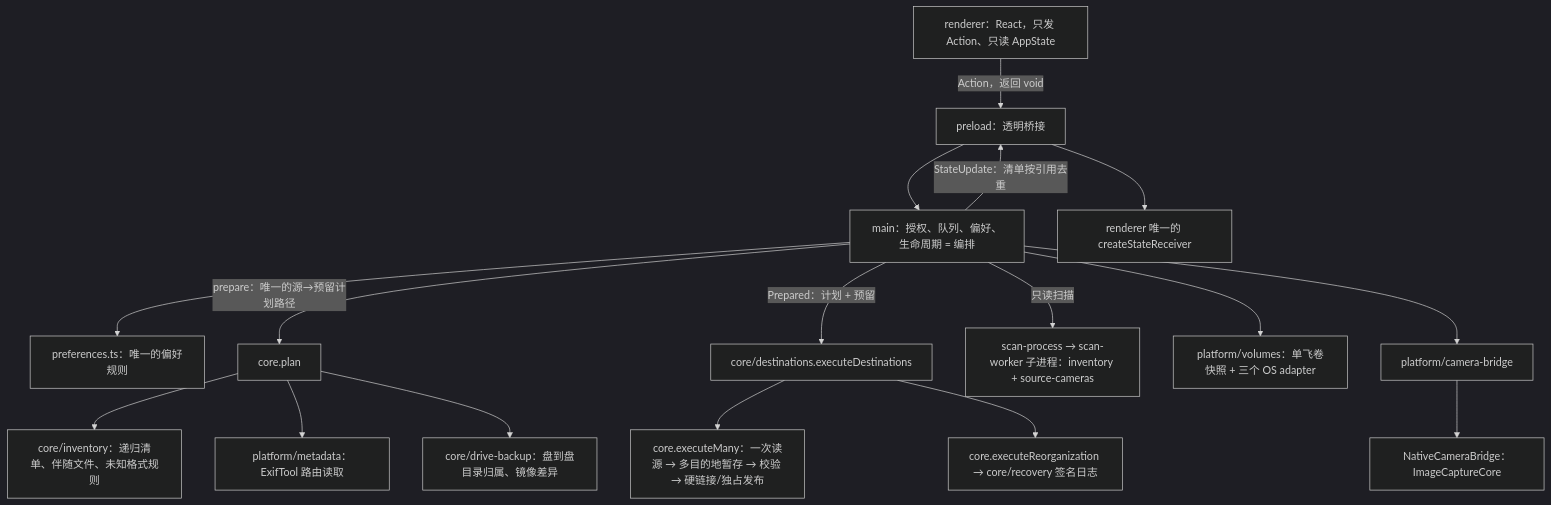
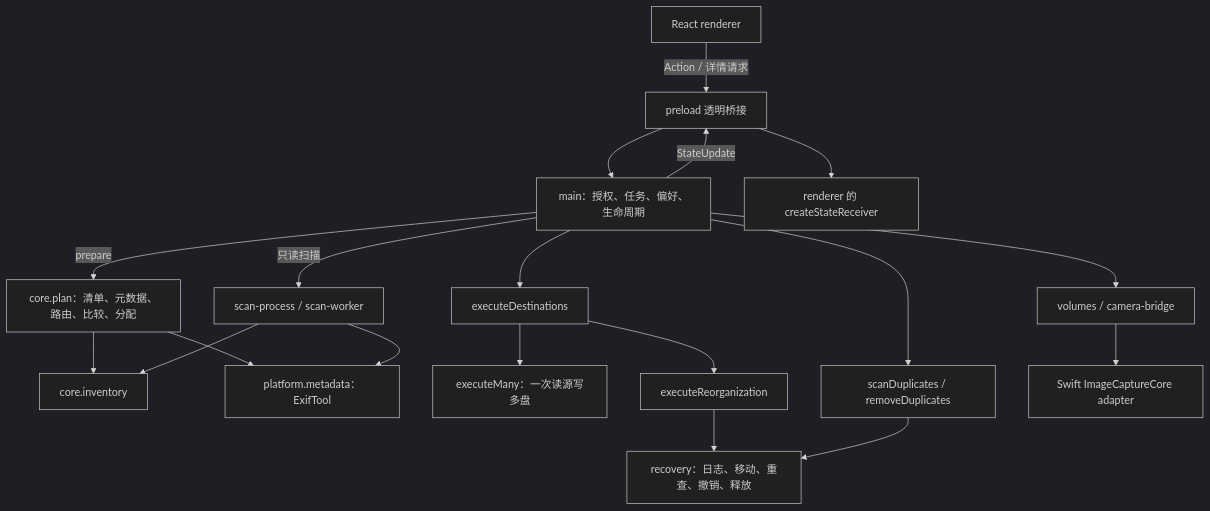
The first of 2 diagrams in docs/architecture-and-features.md (Sager1145/automatic-photo-importer), drawn with Mermaid (dark theme) before and after one commit. The commit also changed other lines of this file and 3 other files, not shown here.

First line of the commit message:
A16: architecture document describes the fixed code; queue order returns jobs

````diff
--- a/docs/architecture-and-features.md
+++ b/docs/architecture-and-features.md
@@ -23,18 +28,21 @@
 ```mermaid
 flowchart TD
-  UI[renderer：React，只发 Action、只读 AppState] -->|Action，返回 void| P[preload：透明桥接]
-  P --> M[main：授权、队列、偏好、生命周期 = 编排]
-  M --> PR[preferences.ts：唯一的偏好规则]
-  M -->|prepare：唯一的源→预留计划路径| C[core.plan]
-  C --> I[core/inventory：递归清单、伴随文件、未知格式规则]
-  C --> X[platform/metadata：ExifTool 路由读取]
-  C --> D[core/drive-backup：盘到盘目录归属、镜像差异]
-  M -->|Prepared：计划 + 预留| E[core/destinations.executeDestinations]
-  E --> E1[core.executeMany：一次读源 → 多目的地暂存 → 校验 → 硬链接/独占发布]
-  E --> E2[core.executeReorganization → core/recovery 签名日志]
-  M -->|只读扫描| W[scan-process → scan-worker 子进程：inventory + source-cameras]
-  M -->|StateUpdate：清单按引用去重| P
-  P --> S[renderer 唯一的 createStateReceiver]
-  M --> V[platform/volumes：单飞卷快照 + 三个 OS adapter]
-  M --> CB[platform/camera-bridge] --> NB[NativeCameraBridge：ImageCaptureCore]
+  R[React renderer] -->|Action / 详情请求| P[preload 透明桥接]
+  P --> M[main：授权、任务、偏好、生命周期]
+  M -->|prepare| C[core.plan：清单、元数据、路由、比较、分配]
+  C --> I[core.inventory]
+  C --> X[platform.metadata：ExifTool]
+  M -->|只读扫描| W[scan-process / scan-worker]
+  W --> I
+  W --> X
+  M --> D[executeDestinations]
+  D --> E[executeMany：一次读源写多盘]
+  D --> O[executeReorganization]
+  O --> J[recovery：日志、移动、重查、撤销、释放]
+  M --> Q[scanDuplicates / removeDuplicates]
+  Q --> J
+  M --> N[volumes / camera-bridge]
+  N --> S[Swift ImageCaptureCore adapter]
+  M -->|StateUpdate| P
+  P --> V[renderer 的 createStateReceiver]
 ```
````
